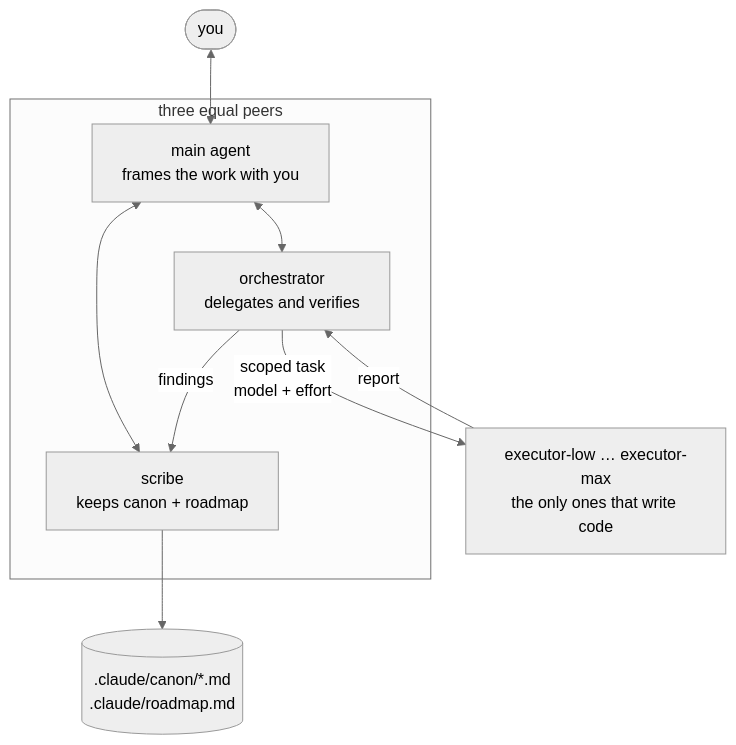
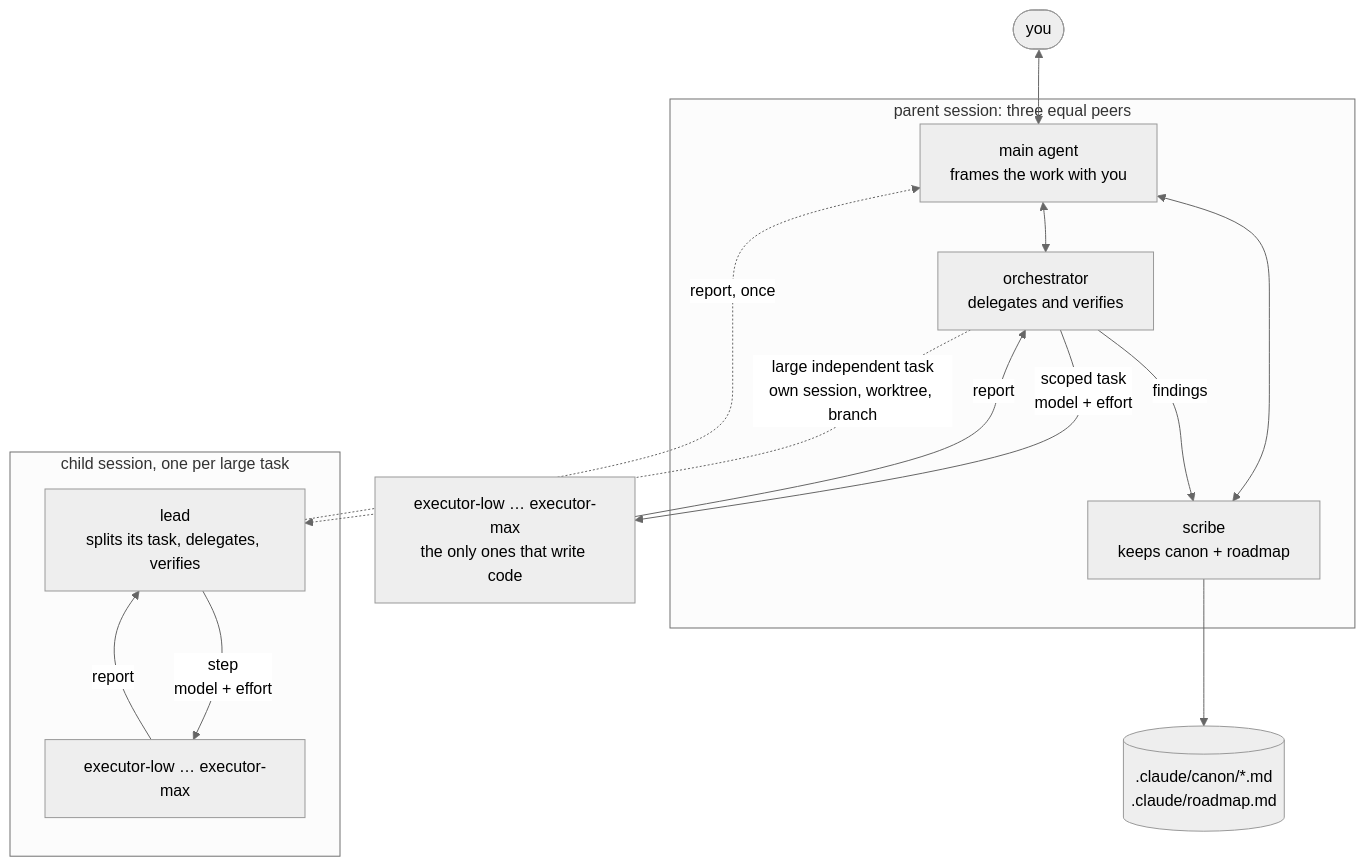
Before and after one commit to pazimor/marketplace: the diagram in README.md, drawn with Mermaid (neutral theme). The commit also changed other lines of this file and 14 other files, not shown here.

First line of the commit message:
feat(orchestration): child sessions run by a lead agent (1.1.0)

````diff
--- a/README.md
+++ b/README.md
@@ -36,15 +36,23 @@
 ```mermaid
 flowchart TB
     you([you]) <--> main
-    subgraph peers ["three equal peers"]
+    subgraph peers ["parent session: three equal peers"]
         main["main agent<br/>frames the work with you"]
         scribe["scribe<br/>keeps canon + roadmap"]
         orch["orchestrator<br/>delegates and verifies"]
     end
     main <--> scribe
     main <--> orch
     orch -- findings --> scribe
     scribe --> files[(".claude/canon/*.md<br/>.claude/roadmap.md")]
     orch -- "scoped task<br/>model + effort" --> ex["executor-low … executor-max<br/>the only ones that write code"]
     ex -- report --> orch
+    orch -. "large independent task<br/>own session, worktree, branch" .-> lead
+    subgraph child ["child session, one per large task"]
+        lead["lead<br/>splits its task, delegates, verifies"]
+        cex["executor-low … executor-max"]
+        lead -- "step<br/>model + effort" --> cex
+        cex -- report --> lead
+    end
+    lead -. "report, once" .-> main
 ```
````
